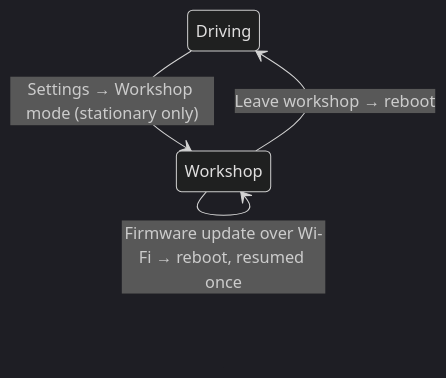
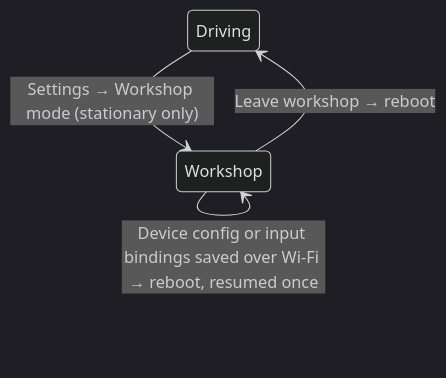
The diagram in docs/architecture/workshop-mode.md (CANShift/canshift-firmware), drawn with Mermaid (dark theme) before and after one commit. The commit also changed other lines of this file and 10 other files, not shown here.

Commit message:
fix(workshop): resume workshop mode once after a config reboot from the tuner

````diff
--- a/docs/architecture/workshop-mode.md
+++ b/docs/architecture/workshop-mode.md
@@ -30,6 +30,7 @@
 ```mermaid
 stateDiagram-v2
     Driving --> Workshop: Settings → Workshop mode (stationary only)
     Workshop --> Driving: Leave workshop → reboot
     Workshop --> Workshop: Firmware update over Wi-Fi → reboot, resumed once
+    Workshop --> Workshop: Device config or input bindings saved over Wi-Fi → reboot, resumed once
 ```
````
